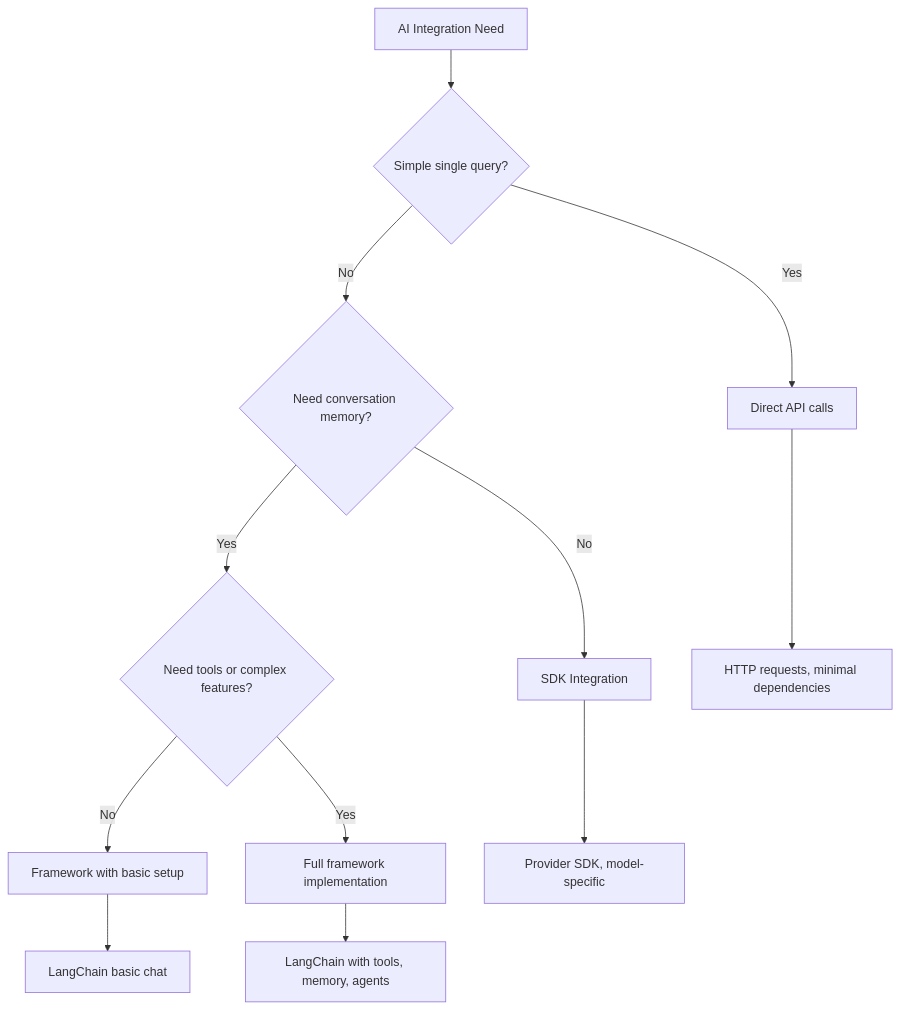
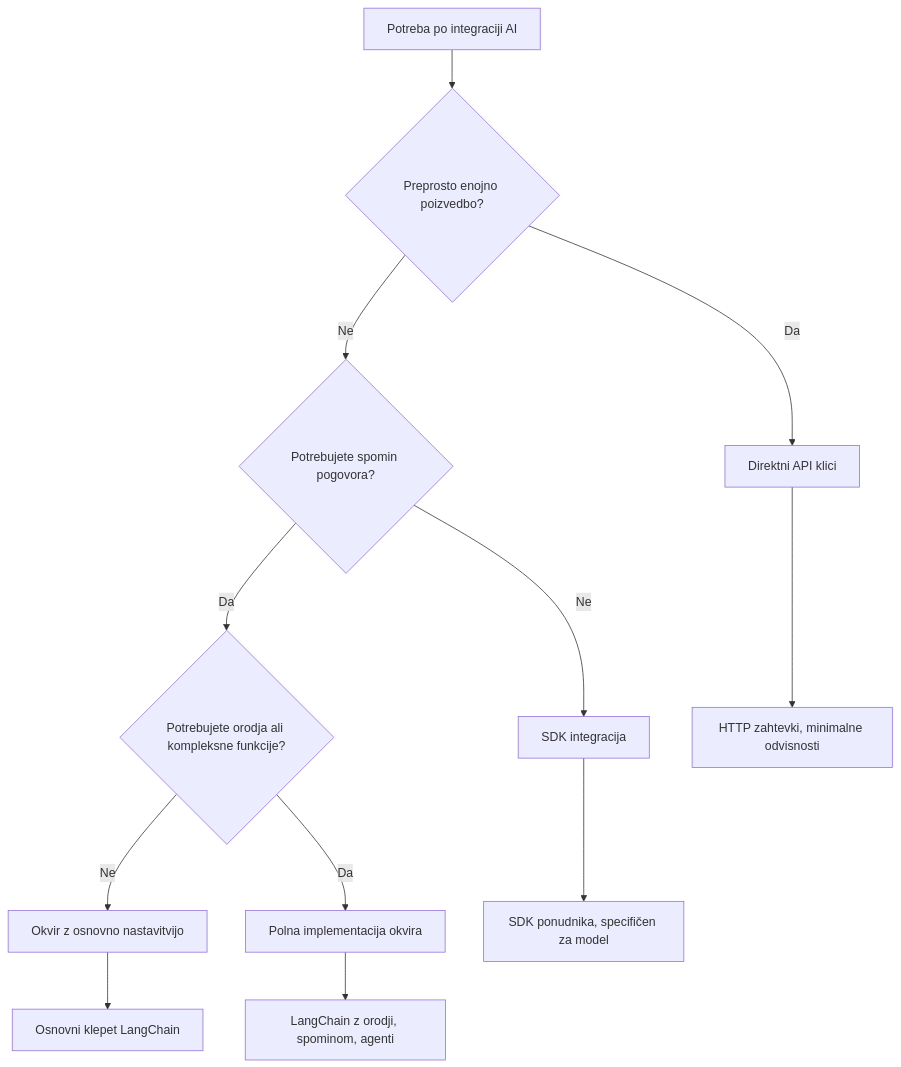
Before and after one commit to microsoft/Web-Dev-For-Beginners: diagram 11 of 11 in translations/sl/10-ai-framework-project/README.md, drawn with Mermaid. The commit also changed other lines of this file and 99 other files, not shown here.

````diff
--- a/translations/sl/10-ai-framework-project/README.md
+++ b/translations/sl/10-ai-framework-project/README.md
@@ -814,15 +1089,15 @@
 ```mermaid
 flowchart TD
-    A[AI Integration Need] --> B{Simple single query?}
-    B -->|Yes| C[Direct API calls]
-    B -->|No| D{Need conversation memory?}
-    D -->|No| E[SDK Integration]
-    D -->|Yes| F{Need tools or complex features?}
-    F -->|No| G[Framework with basic setup]
-    F -->|Yes| H[Full framework implementation]
+    A[Potreba po integraciji AI] --> B{Preprosto enojno poizvedbo?}
+    B -->|Da| C[Direktni API klici]
+    B -->|Ne| D{Potrebujete spomin pogovora?}
+    D -->|Ne| E[SDK integracija]
+    D -->|Da| F{Potrebujete orodja ali kompleksne funkcije?}
+    F -->|Ne| G[Okvir z osnovno nastavitvijo]
+    F -->|Da| H[Polna implementacija okvira]
     
-    C --> I[HTTP requests, minimal dependencies]
-    E --> J[Provider SDK, model-specific]
-    G --> K[LangChain basic chat]
-    H --> L[LangChain with tools, memory, agents]
+    C --> I[HTTP zahtevki, minimalne odvisnosti]
+    E --> J[SDK ponudnika, specifičen za model]
+    G --> K[Osnovni klepet LangChain]
+    H --> L[LangChain z orodji, spominom, agenti]
 ```
````
